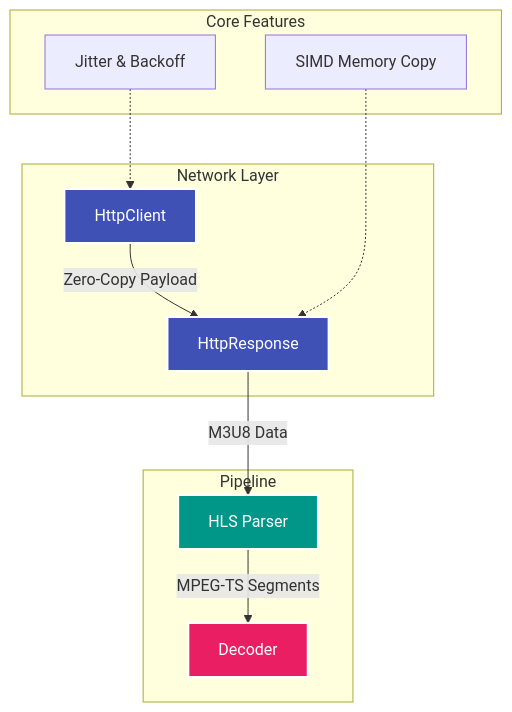
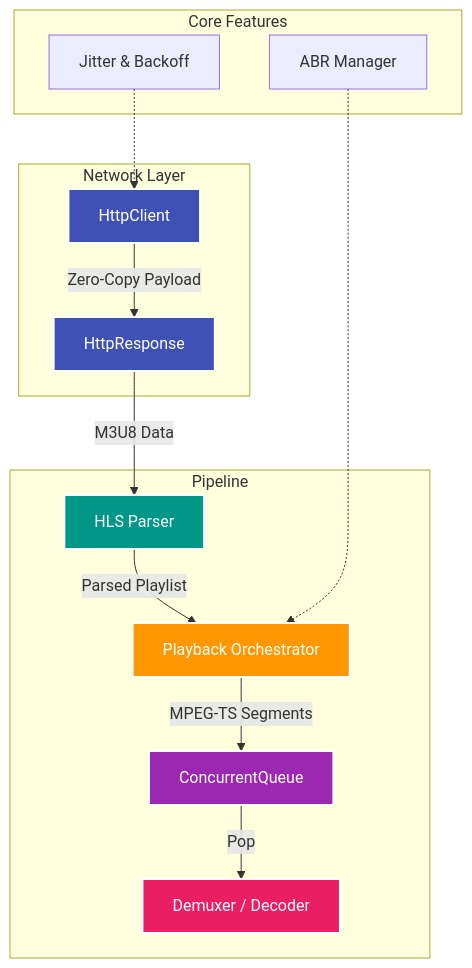
The diagram in docs/index.md (DjSurgeon/VSMN-Player), drawn with Mermaid before and after one commit. The commit also changed 17 other files, not shown here.

````diff
--- a/docs/index.md
+++ b/docs/index.md
@@ -18,21 +18,25 @@
 ```mermaid
 graph TD
     subgraph Network Layer
         HC[HttpClient] --> |Zero-Copy Payload| HR[HttpResponse]
     end
     
     subgraph Pipeline
         HR --> |M3U8 Data| HLS[HLS Parser]
-        HLS --> |MPEG-TS Segments| DEC[Decoder]
+        HLS --> |Parsed Playlist| ORC[Playback Orchestrator]
+        ORC --> |MPEG-TS Segments| CQ[ConcurrentQueue]
+        CQ --> |Pop| DEC[Demuxer / Decoder]
     end
     
     subgraph Core Features
         Jitter[Jitter & Backoff] -.-> HC
-        SIMD[SIMD Memory Copy] -.-> HR
+        ABR[ABR Manager] -.-> ORC
     end
 
     style HC fill:#3f51b5,stroke:#fff,stroke-width:2px,color:#fff
     style HR fill:#3f51b5,stroke:#fff,stroke-width:2px,color:#fff
     style HLS fill:#009688,stroke:#fff,stroke-width:2px,color:#fff
+    style ORC fill:#ff9800,stroke:#fff,stroke-width:2px,color:#fff
+    style CQ fill:#9c27b0,stroke:#fff,stroke-width:2px,color:#fff
     style DEC fill:#e91e63,stroke:#fff,stroke-width:2px,color:#fff
 ```
````
